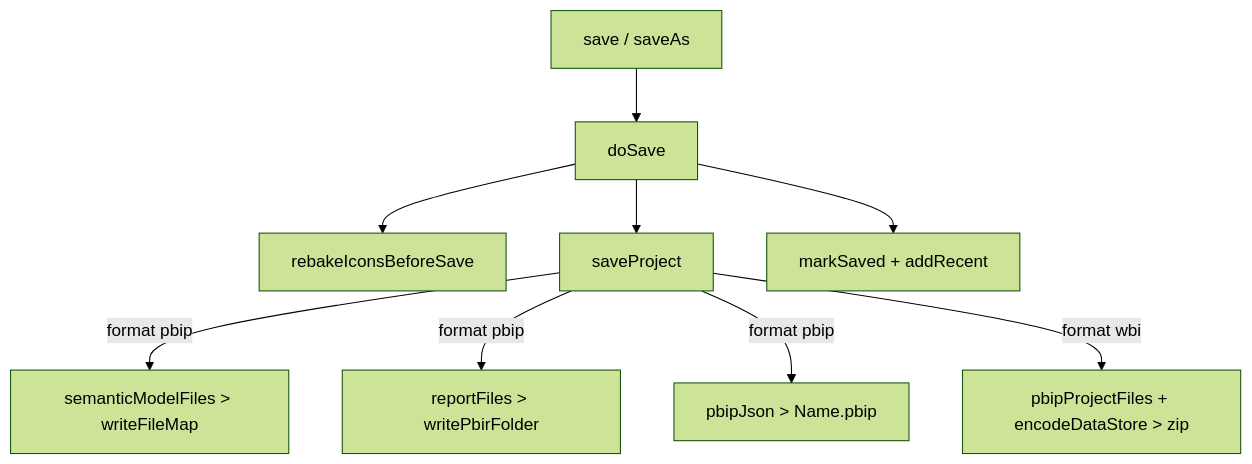
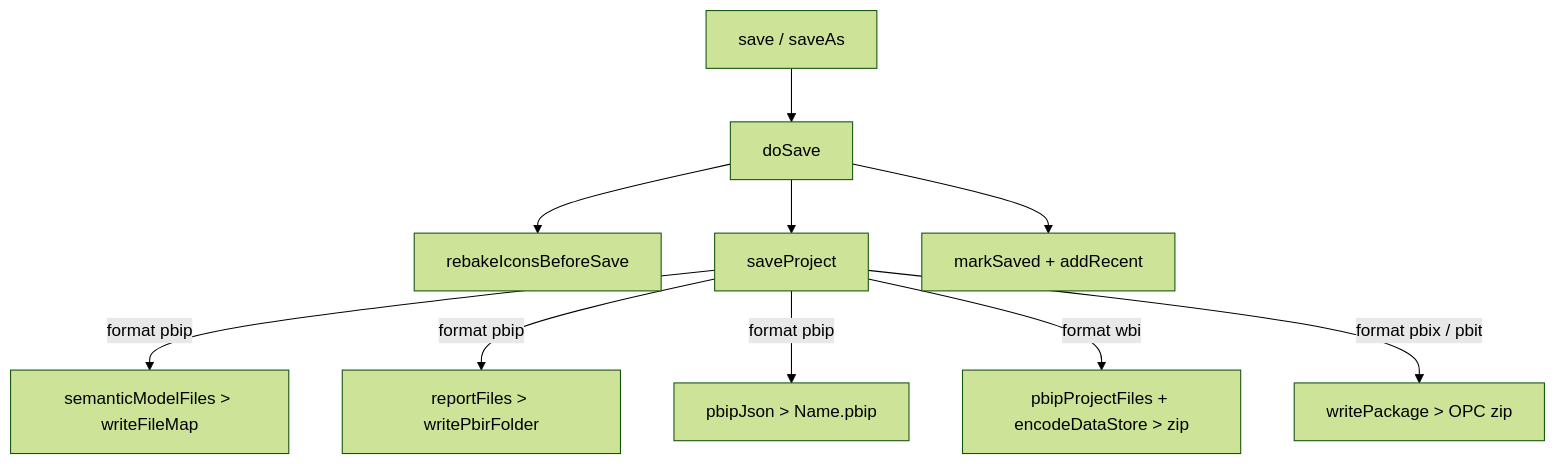
Before and after one commit to inzodious/lumen-bi: the diagram in docs/developer/saving-and-round-trip.md, drawn with Mermaid (forest theme). The commit also changed other lines of this file and 11 other files, not shown here.

First line of the commit message:
docs: writing .pbix / .pbit (experimental), save targets, base theme fix; Save dialog notes

````diff
--- a/docs/developer/saving-and-round-trip.md
+++ b/docs/developer/saving-and-round-trip.md
@@ -25,11 +29,12 @@
 ```mermaid
 flowchart TD
   S[save / saveAs] --> D[doSave]
   D --> R[rebakeIconsBeforeSave]
   D --> P[saveProject]
   P -->|format pbip| M[semanticModelFiles > writeFileMap]
   P -->|format pbip| W[reportFiles > writePbirFolder]
   P -->|format pbip| J[pbipJson > Name.pbip]
   P -->|format wbi| B[pbipProjectFiles + encodeDataStore > zip]
+  P -->|format pbix / pbit| X[writePackage > OPC zip]
   D --> K[markSaved + addRecent]
 ```
````
